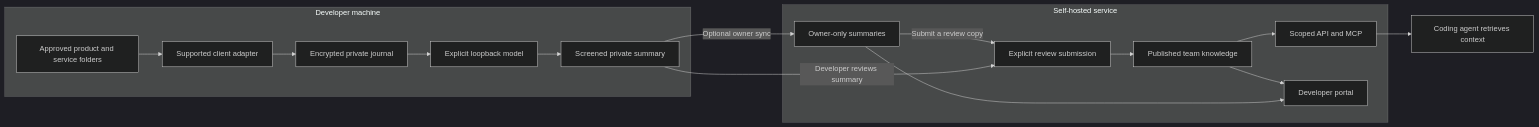
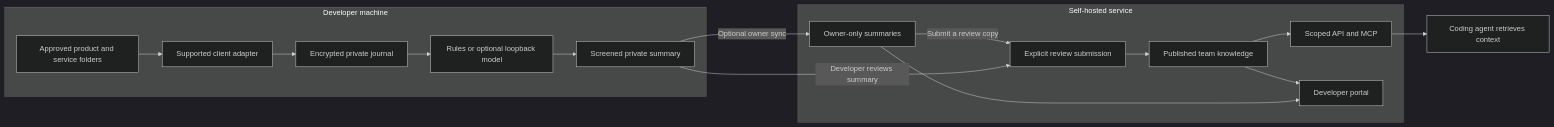
Before and after one commit to DharanesshMD/workspace-knowledge: the diagram in README.md, drawn with Mermaid (dark theme). The commit also changed other lines of this file and 5 other files, not shown here.

````diff
--- a/README.md
+++ b/README.md
@@ -93,25 +94,25 @@
 ```mermaid
 flowchart LR
     subgraph Local[Developer machine]
         Approval[Approved product and service folders]
         Client[Supported client adapter]
         Journal[Encrypted private journal]
-        Model[Explicit loopback model]
+        Model[Rules or optional loopback model]
         Draft[Screened private summary]
         Approval --> Client --> Journal --> Model --> Draft
     end
     subgraph Hosted[Self-hosted service]
         Personal[Owner-only summaries]
         Review[Explicit review submission]
         Shared[Published team knowledge]
         API[Scoped API and MCP]
         Portal[Developer portal]
         Review --> Shared --> API
         Personal -->|Submit a review copy| Review
         Shared --> Portal
         Personal --> Portal
     end
     Draft -->|Optional owner sync| Personal
     Draft -->|Developer reviews summary| Review
     API --> Agent[Coding agent retrieves context]
 ```
````
